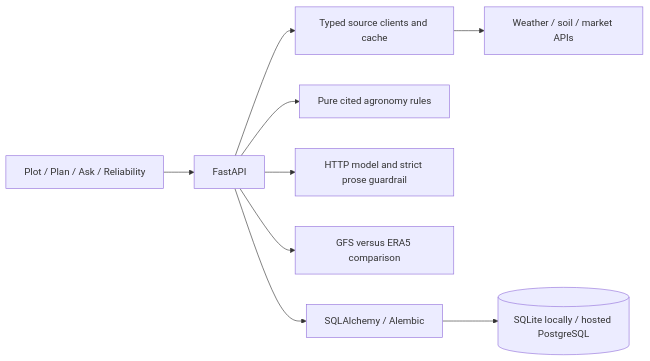
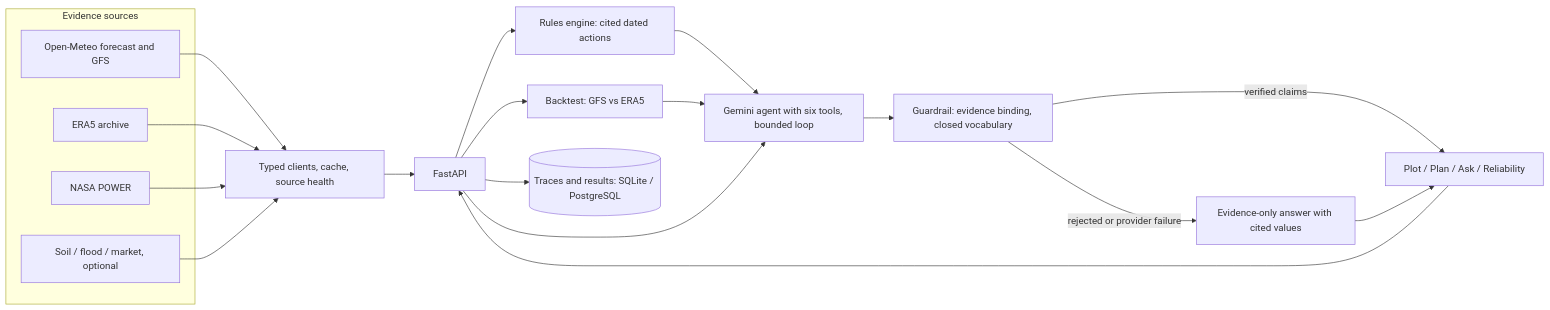
The diagram in README.md (SantoshReddy0603/sowcast), drawn with Mermaid before and after one commit. The commit also changed other lines of this file and 164 other files, not shown here.

Commit message:
Add forecast reliability to plans, cite tool results in chat, fix docs and crop text, add agent evaluation script

````diff
--- a/README.md
+++ b/README.md
@@ -59,11 +61,25 @@
 ```mermaid
 flowchart LR
+    subgraph Sources[Evidence sources]
+        OM[Open-Meteo forecast and GFS]
+        ERA[ERA5 archive]
+        POW[NASA POWER]
+        OTH[Soil / flood / market, optional]
+    end
     Web[Plot / Plan / Ask / Reliability] --> API[FastAPI]
-    API --> Sources[Typed source clients and cache]
-    Sources --> Weather[Weather / soil / market APIs]
-    API --> Rules[Pure cited agronomy rules]
-    API --> Agent[HTTP model and strict prose guardrail]
-    API --> Backtest[GFS versus ERA5 comparison]
-    API --> Storage[SQLAlchemy / Alembic]
-    Storage --> DB[(SQLite locally / hosted PostgreSQL)]
+    OM --> Cache[Typed clients, cache, source health]
+    ERA --> Cache
+    POW --> Cache
+    OTH --> Cache
+    Cache --> API
+    API --> Rules[Rules engine: cited dated actions]
+    API --> BT[Backtest: GFS vs ERA5]
+    Rules --> Agent
+    BT --> Agent
+    API --> Agent[Gemini agent with six tools, bounded loop]
+    Agent --> Guard[Guardrail: evidence binding, closed vocabulary]
+    Guard -->|verified claims| Web
+    Guard -->|rejected or provider failure| Fallback[Evidence-only answer with cited values]
+    Fallback --> Web
+    API --> DB[(Traces and results: SQLite / PostgreSQL)]
 ```
````
